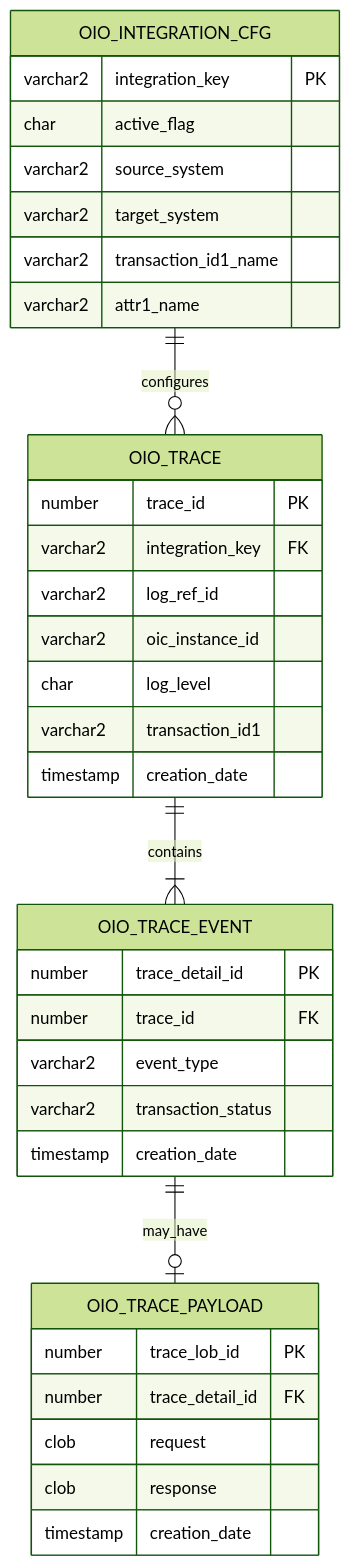
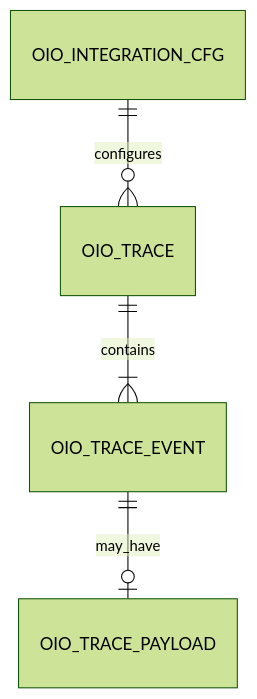
Before and after one commit to lucianosilva/oracle-integration-observability: the fourth of 4 diagrams in docs/architecture.md, drawn with Mermaid (forest theme). The commit also changed other lines of this file and 4 other files, not shown here.

````diff
--- a/docs/architecture.md
+++ b/docs/architecture.md
@@ -302,41 +131,6 @@
 ```mermaid
 erDiagram
     OIO_INTEGRATION_CFG ||--o{ OIO_TRACE : configures
     OIO_TRACE ||--|{ OIO_TRACE_EVENT : contains
     OIO_TRACE_EVENT ||--o| OIO_TRACE_PAYLOAD : may_have
-
-    OIO_INTEGRATION_CFG {
-        varchar2 integration_key PK
-        char active_flag
-        varchar2 source_system
-        varchar2 target_system
-        varchar2 transaction_id1_name
-        varchar2 attr1_name
-    }
-
-    OIO_TRACE {
-        number trace_id PK
-        varchar2 integration_key FK
-        varchar2 log_ref_id
-        varchar2 oic_instance_id
-        char log_level
-        varchar2 transaction_id1
-        timestamp creation_date
-    }
-
-    OIO_TRACE_EVENT {
-        number trace_detail_id PK
-        number trace_id FK
-        varchar2 event_type
-        varchar2 transaction_status
-        timestamp creation_date
-    }
-
-    OIO_TRACE_PAYLOAD {
-        number trace_lob_id PK
-        number trace_detail_id FK
-        clob request
-        clob response
-        timestamp creation_date
-    }
 ```
````
